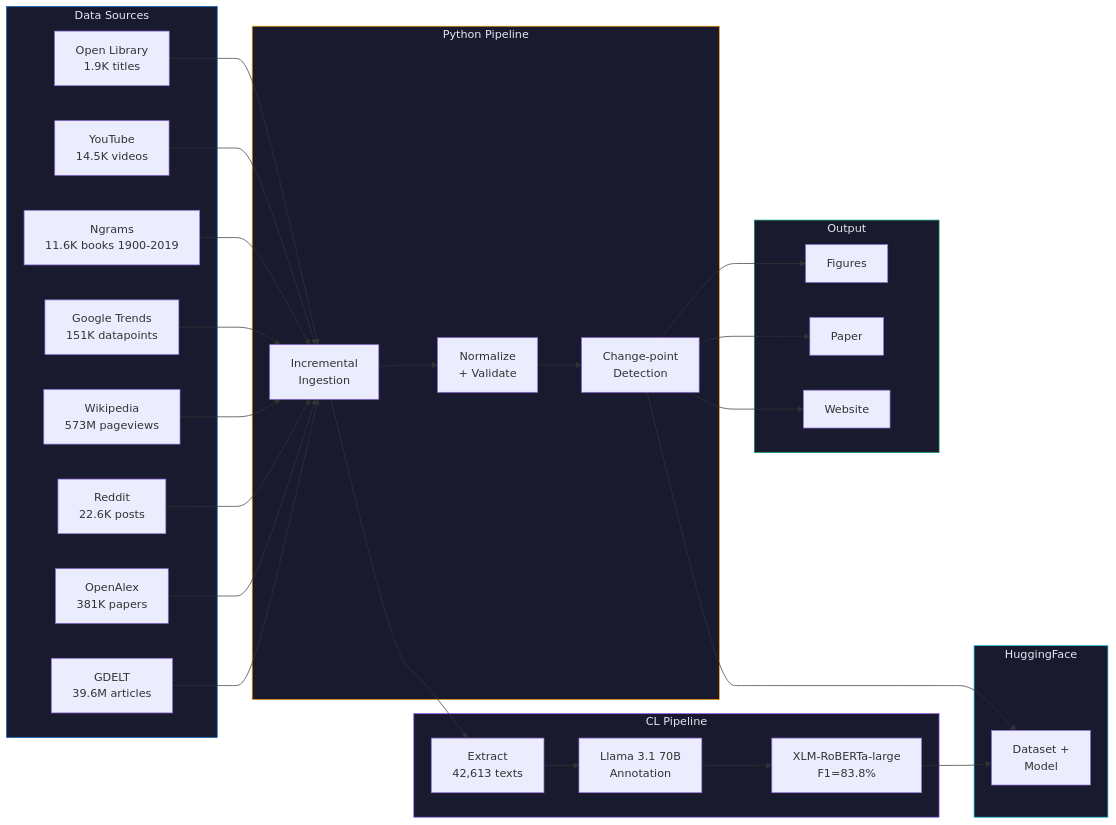
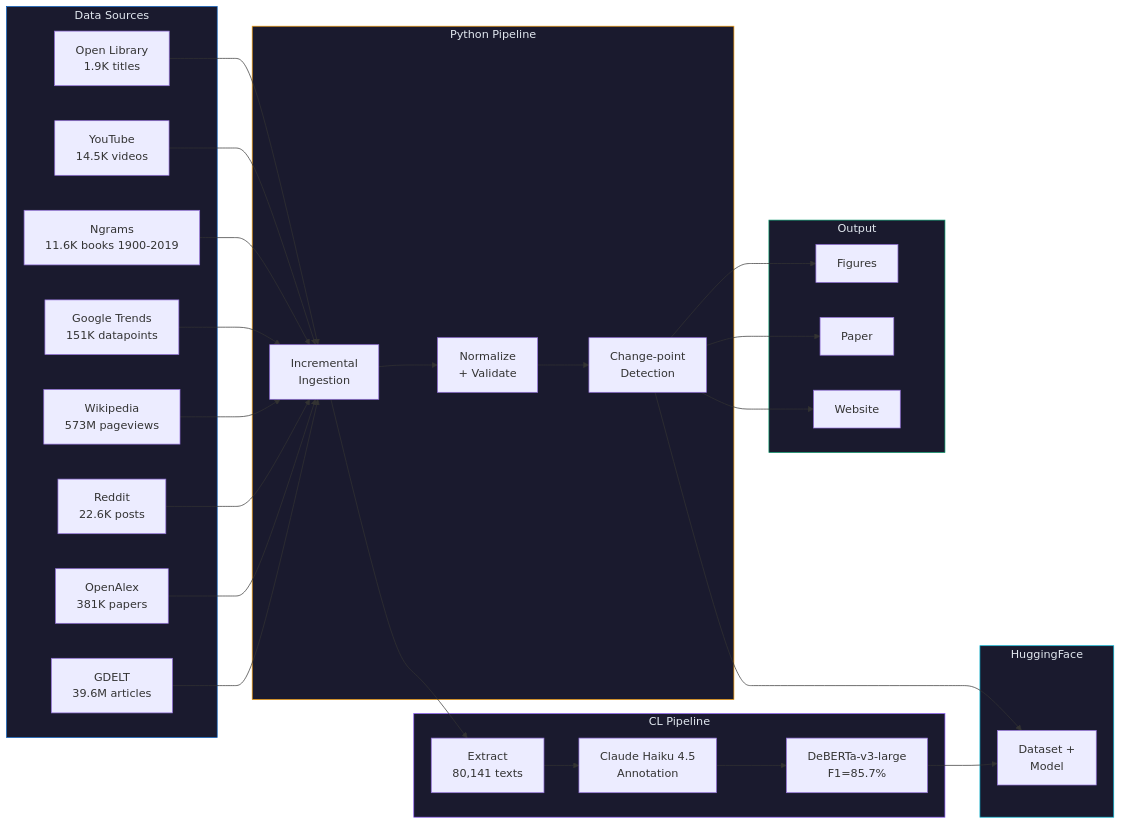
Before and after one commit to IvanDobrovolsky/kyivnotkiev: the diagram in README.md, drawn with Mermaid. The commit also changed other lines of this file and 7 other files, not shown here.

````diff
--- a/README.md
+++ b/README.md
@@ -37,47 +37,47 @@
 ```mermaid
 graph LR
     subgraph Sources["Data Sources"]
         style Sources fill:#1a1a2e,stroke:#0057B8,color:#e2e8f0
         GDELT["GDELT<br/>39.6M articles"]
         OA["OpenAlex<br/>381K papers"]
         Reddit["Reddit<br/>22.6K posts"]
         Wiki["Wikipedia<br/>573M pageviews"]
         Trends["Google Trends<br/>151K datapoints"]
         Ngrams["Ngrams<br/>11.6K books 1900-2019"]
         YT["YouTube<br/>14.5K videos"]
         OL["Open Library<br/>1.9K titles"]
     end
 
     subgraph Pipeline["Python Pipeline"]
         style Pipeline fill:#1a1a2e,stroke:#f59e0b,color:#e2e8f0
         Ingest["Incremental<br/>Ingestion"]
         Transform["Normalize<br/>+ Validate"]
         Analyze["Change-point<br/>Detection"]
     end
 
     subgraph CL["CL Pipeline"]
         style CL fill:#1a1a2e,stroke:#8b5cf6,color:#e2e8f0
-        Extract["Extract<br/>42,613 texts"]
-        Annotate["Llama 3.1 70B<br/>Annotation"]
-        Finetune["XLM-RoBERTa-large<br/>F1=83.8%"]
+        Extract["Extract<br/>80,141 texts"]
+        Annotate["Claude Haiku 4.5<br/>Annotation"]
+        Finetune["DeBERTa-v3-large<br/>F1=85.7%"]
     end
 
     subgraph Storage["HuggingFace"]
         style Storage fill:#1a1a2e,stroke:#06b6d4,color:#e2e8f0
         HF["Dataset +<br/>Model"]
     end
 
     subgraph Output["Output"]
         style Output fill:#1a1a2e,stroke:#059669,color:#e2e8f0
         Figures["Figures"]
         Paper["Paper"]
         Web["Website"]
     end
 
     GDELT & OA & Reddit & Wiki & Trends & Ngrams & YT & OL --> Ingest
     Ingest --> Transform --> Analyze
     Analyze --> Figures & Paper & Web
     Ingest --> Extract --> Annotate --> Finetune
     Finetune --> HF
     Analyze --> HF
 ```
````
